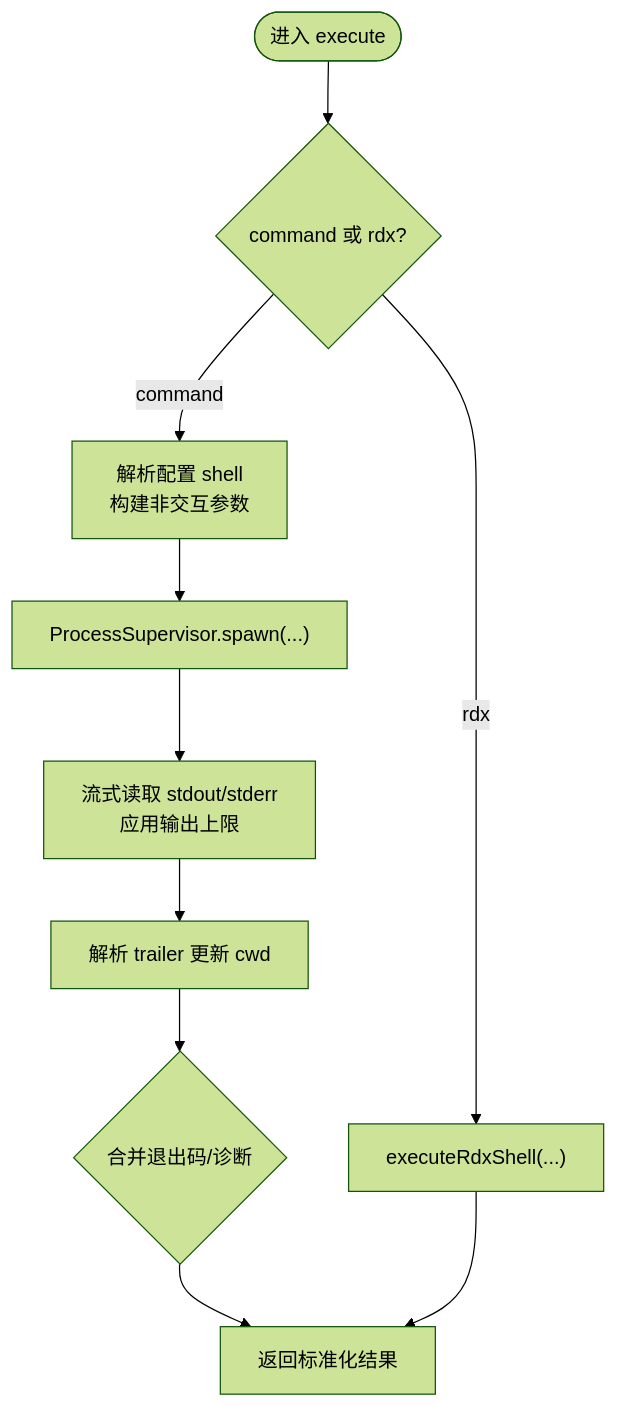
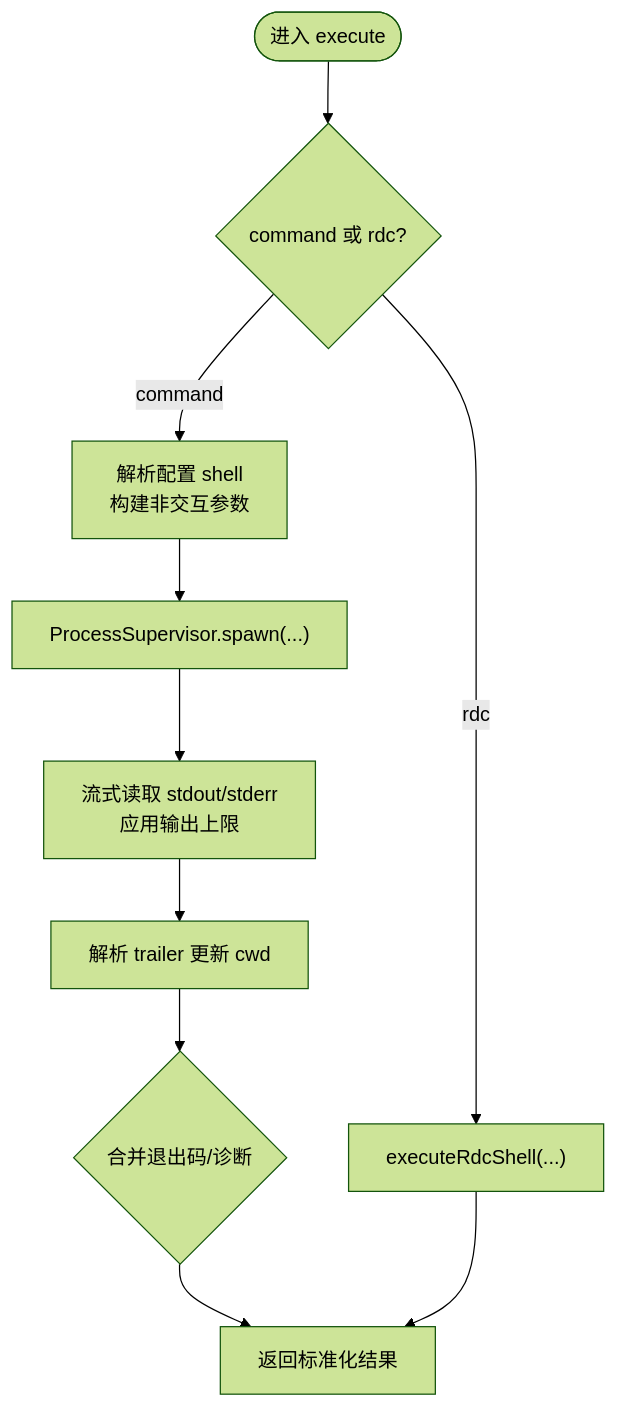
The fourth of 6 diagrams in .qoder/repowiki/zh/content/API 参考/工具 API/工具 API.md (haolange/RDC-Agent), drawn with Mermaid (forest theme) before and after one commit. The commit also changed other lines of this file and 557 other files, not shown here.

````diff
--- a/.qoder/repowiki/zh/content/API 参考/工具 API/工具 API.md
+++ b/.qoder/repowiki/zh/content/API 参考/工具 API/工具 API.md
@@ -156,12 +156,12 @@
 ```mermaid
 flowchart TD
-Start(["进入 execute"]) --> CheckInput{"command 或 rdx?"}
-CheckInput --> |rdx| ExecRdx["executeRdxShell(...)"]
+Start(["进入 execute"]) --> CheckInput{"command 或 rdc?"}
+CheckInput --> |rdc| ExecRdc["executeRdcShell(...)"]
 CheckInput --> |command| ResolveShell["解析配置 shell<br/>构建非交互参数"]
 ResolveShell --> Spawn["ProcessSupervisor.spawn(...)"]
 Spawn --> Stream["流式读取 stdout/stderr<br/>应用输出上限"]
 Stream --> Trailer["解析 trailer 更新 cwd"]
 Trailer --> ExitCode{"合并退出码/诊断"}
 ExitCode --> Result["返回标准化结果"]
-ExecRdx --> Result
+ExecRdc --> Result
 ```
````
